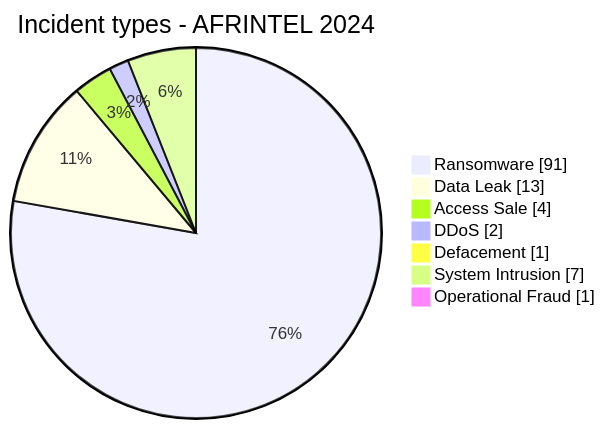
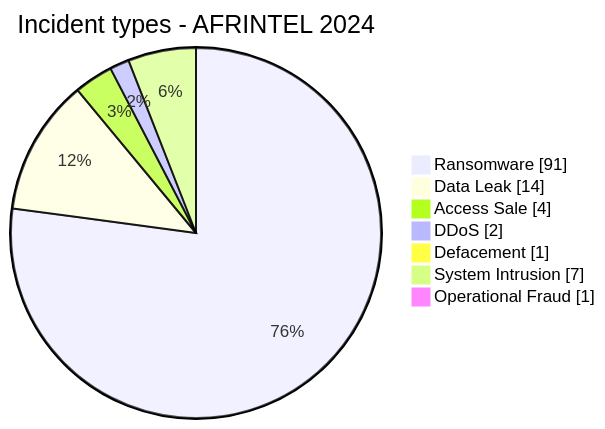
One commit to Hatchepsoute/AFRINTEL changed the second of 2 diagrams in CyberAttackAfrica/2024/README.md. Above: the diagram before and after it, drawn with Mermaid. The commit also changed other lines of this file and 25 other files, not shown here.

````diff
--- a/CyberAttackAfrica/2024/README.md
+++ b/CyberAttackAfrica/2024/README.md
@@ -77,11 +73,11 @@
 ```mermaid
 pie showData
     title Incident types - AFRINTEL 2024
     "Ransomware" : 91
-    "Data Leak" : 13
+    "Data Leak" : 14
     "Access Sale" : 4
     "DDoS" : 2
     "Defacement" : 1
     "System Intrusion" : 7
     "Operational Fraud" : 1
 ```
````
